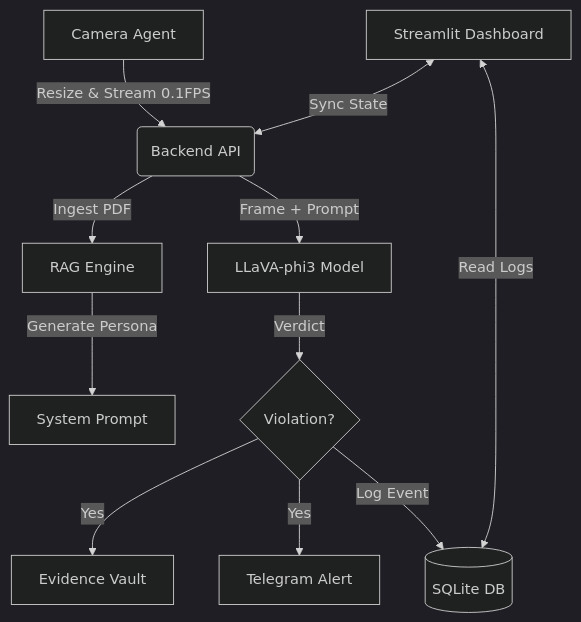
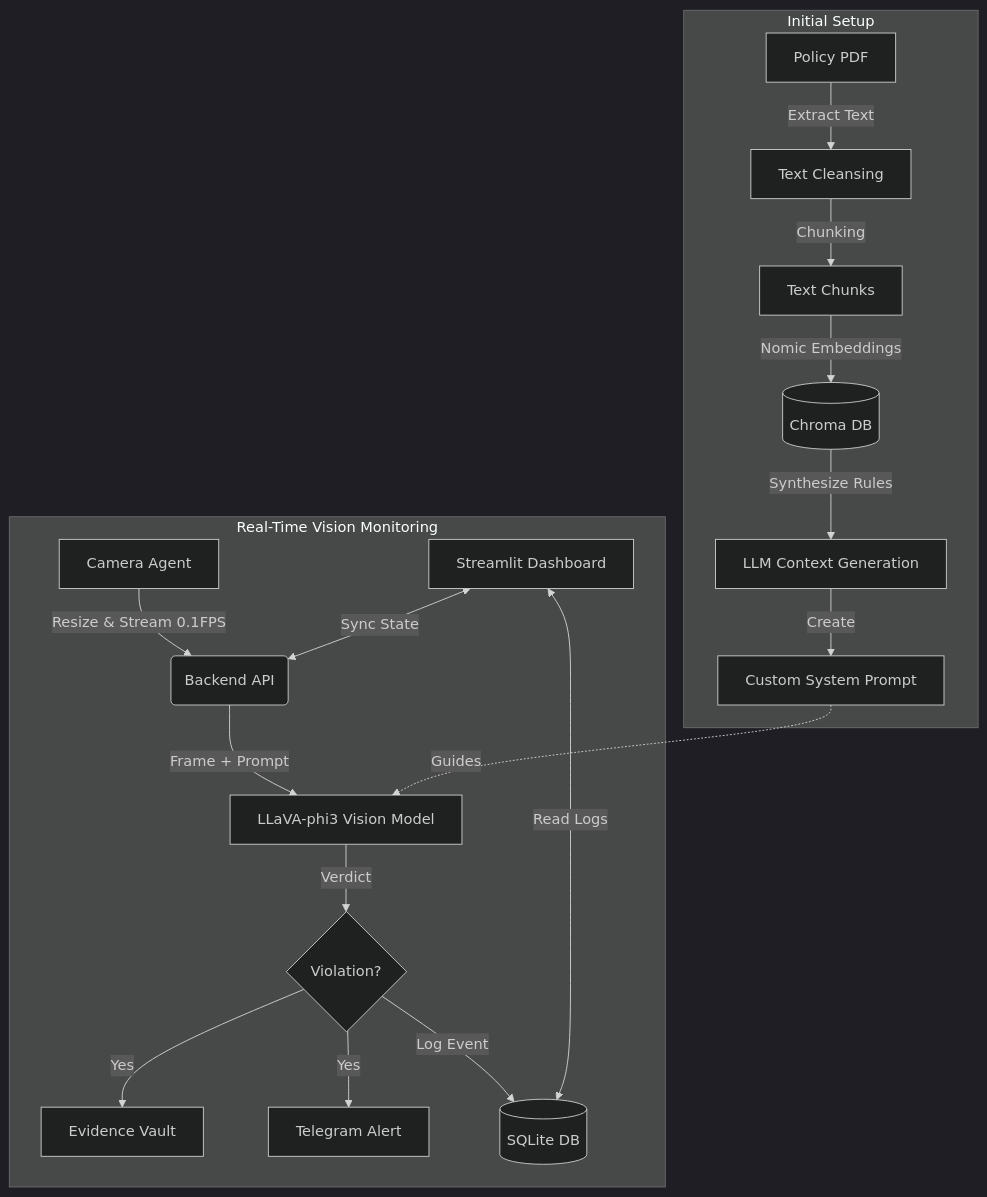
The diagram in README.md (5AIhil/Visionary), drawn with Mermaid (dark theme) before and after one commit. The commit also changed other lines of this file and 3 other files, not shown here.

````diff
--- a/README.md
+++ b/README.md
@@ -13,13 +13,25 @@
 ```mermaid
 graph TD
-    A[Camera Agent] -->|Resize & Stream 0.1FPS| B(Backend API)
-    B -->|Ingest PDF| C[RAG Engine]
-    C -->|Generate Persona| D[System Prompt]
-    B -->|Frame + Prompt| E[LLaVA-phi3 Model]
-    E -->|Verdict| F{Violation?}
-    F -->|Yes| G[Evidence Vault]
-    F -->|Yes| H[Telegram Alert]
-    F -->|Log Event| I[(SQLite DB)]
-    J[Streamlit Dashboard] <-->|Sync State| B
-    J <-->|Read Logs| I
+    %% Initial Phase: Policy Ingestion
+    subgraph Initial Setup
+    PDF[Policy PDF] -->|Extract Text| CleanText[Text Cleansing]
+    CleanText -->|Chunking| Chunks[Text Chunks]
+    Chunks -->|Nomic Embeddings| Chroma[(Chroma DB)]
+    Chroma -->|Synthesize Rules| LLM[LLM Context Generation]
+    LLM -->|Create| Prompt[Custom System Prompt]
+    end
+
+    %% Real-time Monitoring Phase
+    subgraph Real-Time Vision Monitoring
+    Camera[Camera Agent] -->|Resize & Stream 0.1FPS| API(Backend API)
+    API -->|Frame + Prompt| VLM[LLaVA-phi3 Vision Model]
+    VLM -->|Verdict| Decision{Violation?}
+    Decision -->|Yes| Vault[Evidence Vault]
+    Decision -->|Yes| Alert[Telegram Alert]
+    Decision -->|Log Event| DB[(SQLite DB)]
+    Dash[Streamlit Dashboard] <-->|Sync State| API
+    Dash <-->|Read Logs| DB
+    end
+    
+    Prompt -.->|Guides| VLM
 ```
````
